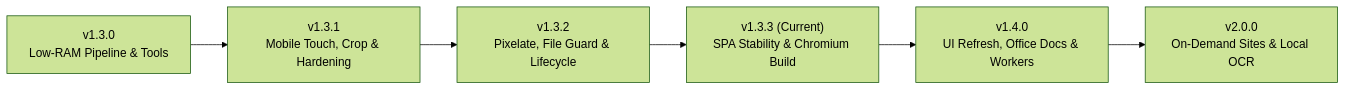
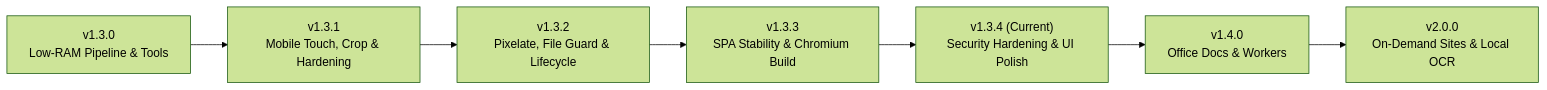
The diagram in ROADMAP.md (m21dev/clipzero), drawn with Mermaid (forest theme) before and after one commit. The commit also changed other lines of this file and 14 other files, not shown here.

Commit message:
Release v1.3.4: drag-and-drop engine fixes, security hardening & Acorn UI polish.

````diff
--- a/ROADMAP.md
+++ b/ROADMAP.md
@@ -5,8 +5,9 @@
 ```mermaid
 flowchart LR
     V130["v1.3.0<br/>Low-RAM Pipeline & Tools"] --> V131["v1.3.1<br/>Mobile Touch, Crop & Hardening"]
     V131 --> V132["v1.3.2<br/>Pixelate, File Guard & Lifecycle"]
-    V132 --> V133["v1.3.3 (Current)<br/>SPA Stability & Chromium Build"]
-    V133 --> V140["v1.4.0<br/>UI Refresh, Office Docs & Workers"]
+    V132 --> V133["v1.3.3<br/>SPA Stability & Chromium Build"]
+    V133 --> V134["v1.3.4 (Current)<br/>Security Hardening & UI Polish"]
+    V134 --> V140["v1.4.0<br/>Office Docs & Workers"]
     V140 --> V200["v2.0.0<br/>On-Demand Sites & Local OCR"]
 ```
````
